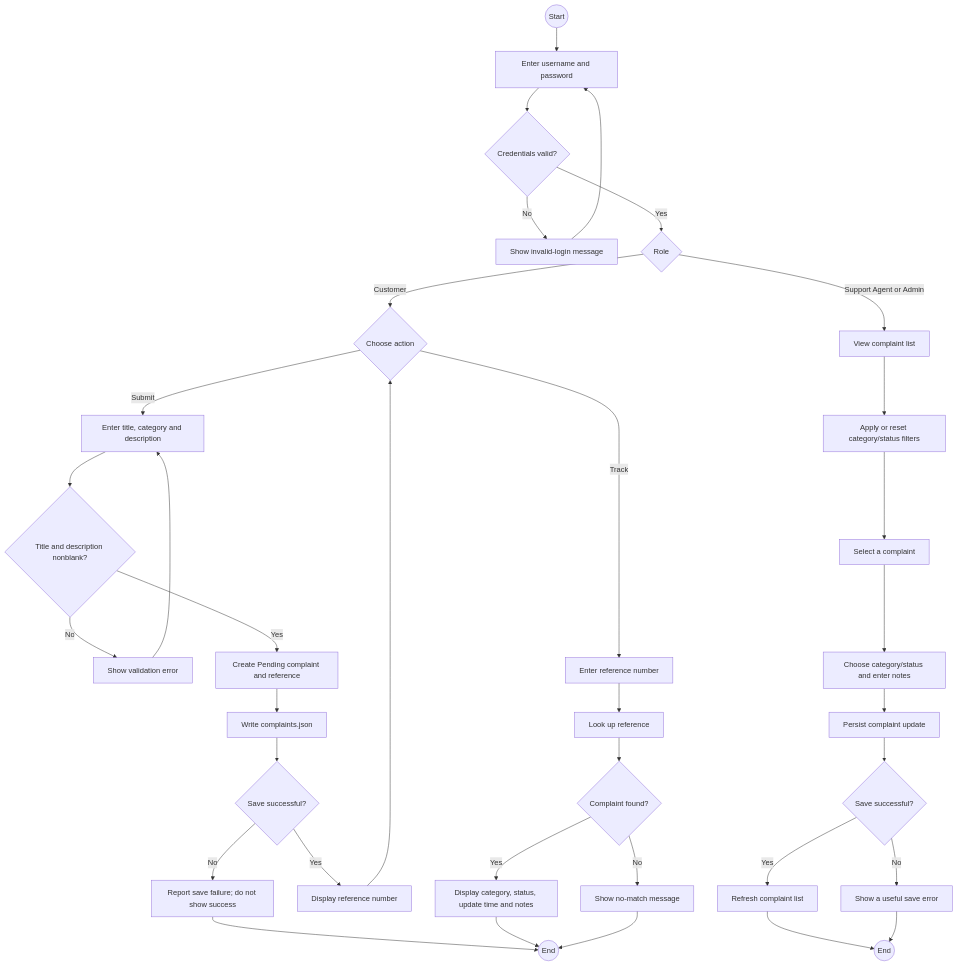
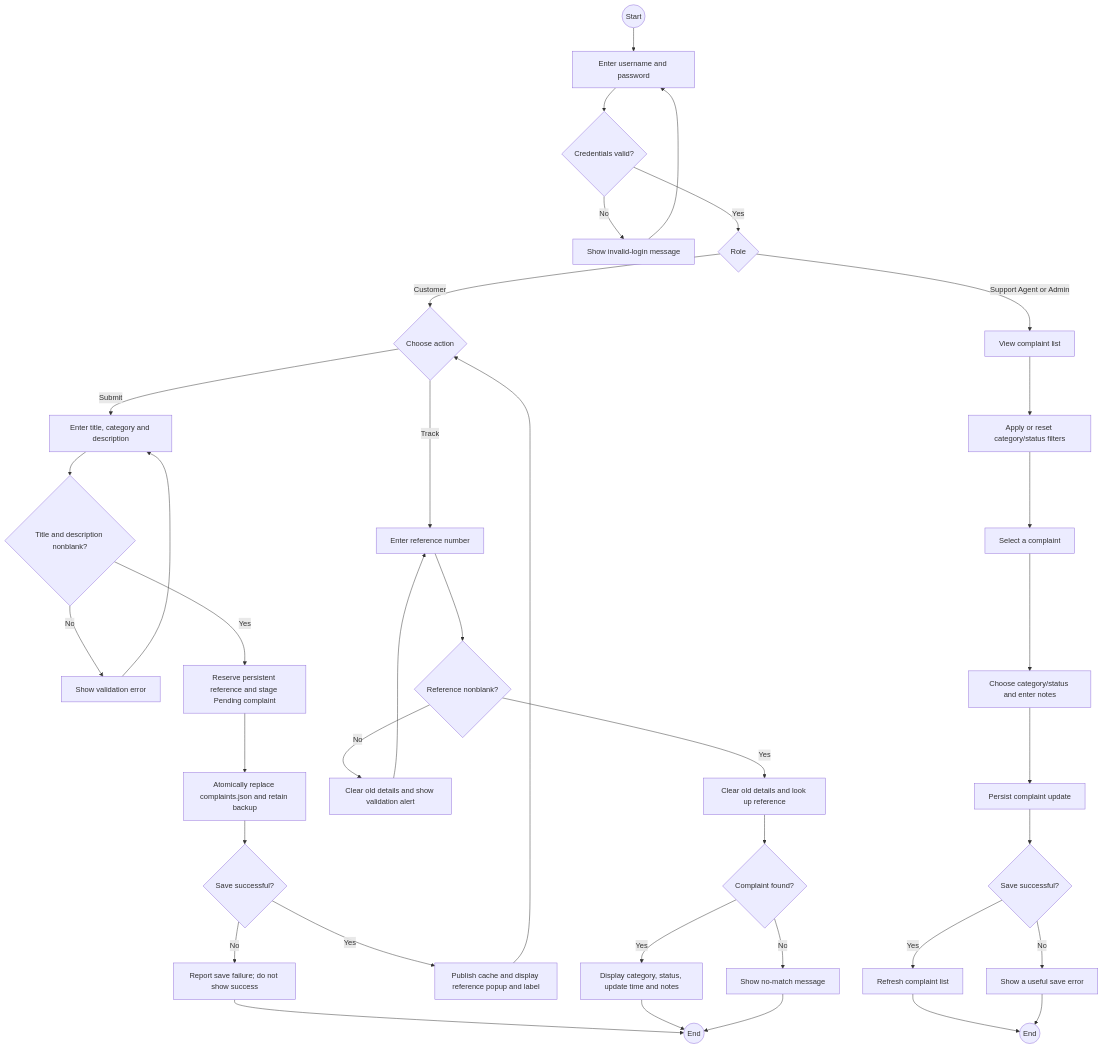
Before and after one commit to divine3054/SEN_PROJECT_GROUP_14: the diagram in docs/phase-2/ACTIVITY-DIAGRAM.md, drawn with Mermaid. The commit also changed other lines of this file and 27 other files, not shown here.

````diff
--- a/docs/phase-2/ACTIVITY-DIAGRAM.md
+++ b/docs/phase-2/ACTIVITY-DIAGRAM.md
@@ -8,40 +8,43 @@
 ```mermaid
 flowchart TD
     Start((Start)) --> Login[Enter username and password]
     Login --> Auth{Credentials valid?}
     Auth -- No --> LoginError[Show invalid-login message]
     LoginError --> Login
     Auth -- Yes --> Role{Role}
 
     Role -- Customer --> CustomerAction{Choose action}
     CustomerAction -- Submit --> EnterComplaint[Enter title, category and description]
     EnterComplaint --> Required{Title and description nonblank?}
     Required -- No --> ValidationError[Show validation error]
     ValidationError --> EnterComplaint
-    Required -- Yes --> CreateComplaint[Create Pending complaint and reference]
-    CreateComplaint --> SaveComplaint[Write complaints.json]
+    Required -- Yes --> CreateComplaint[Reserve persistent reference and stage Pending complaint]
+    CreateComplaint --> SaveComplaint[Atomically replace complaints.json and retain backup]
     SaveComplaint --> SubmitSaved{Save successful?}
     SubmitSaved -- No --> SubmitError[Report save failure; do not show success]
-    SubmitSaved -- Yes --> ShowReference[Display reference number]
+    SubmitSaved -- Yes --> ShowReference[Publish cache and display reference popup and label]
     ShowReference --> CustomerAction
     SubmitError --> CustomerEnd((End))
 
     CustomerAction -- Track --> EnterReference[Enter reference number]
-    EnterReference --> FindComplaint[Look up reference]
+    EnterReference --> ReferenceRequired{Reference nonblank?}
+    ReferenceRequired -- No --> BlankReference[Clear old details and show validation alert]
+    BlankReference --> EnterReference
+    ReferenceRequired -- Yes --> FindComplaint[Clear old details and look up reference]
     FindComplaint --> Found{Complaint found?}
     Found -- Yes --> ShowDetails[Display category, status, update time and notes]
     Found -- No --> NoMatch[Show no-match message]
     ShowDetails --> CustomerEnd
     NoMatch --> CustomerEnd
 
     Role -- Support Agent or Admin --> Review[View complaint list]
     Review --> Filter[Apply or reset category/status filters]
     Filter --> SelectComplaint[Select a complaint]
     SelectComplaint --> EditComplaint[Choose category/status and enter notes]
     EditComplaint --> SaveUpdate[Persist complaint update]
     SaveUpdate --> UpdateSaved{Save successful?}
     UpdateSaved -- Yes --> Refresh[Refresh complaint list]
     UpdateSaved -- No --> UpdateError[Show a useful save error]
     Refresh --> AgentEnd((End))
     UpdateError --> AgentEnd
 ```
````
